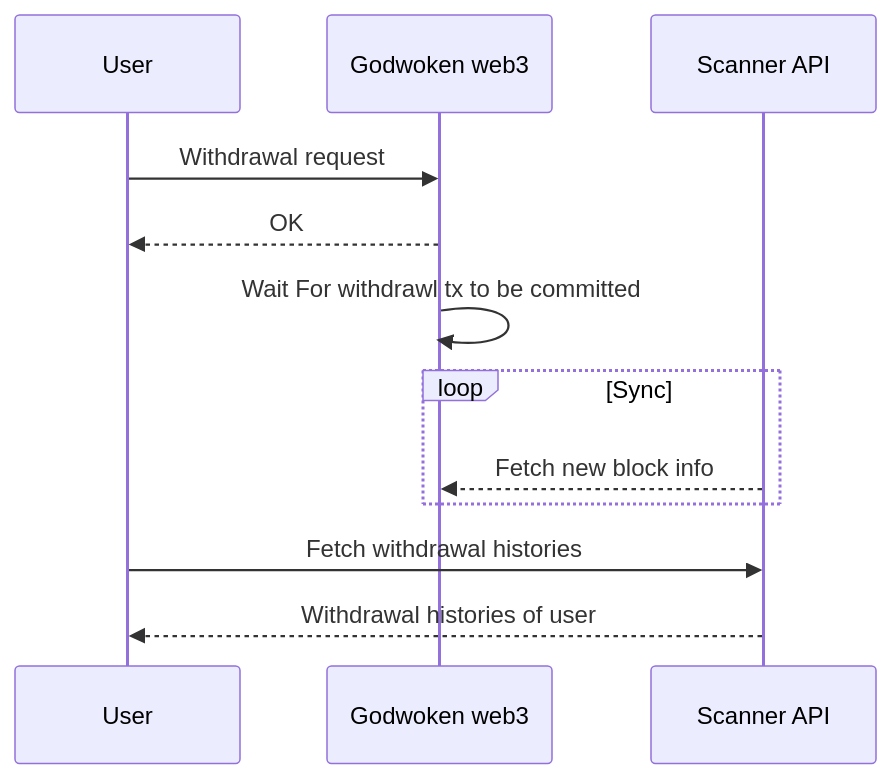
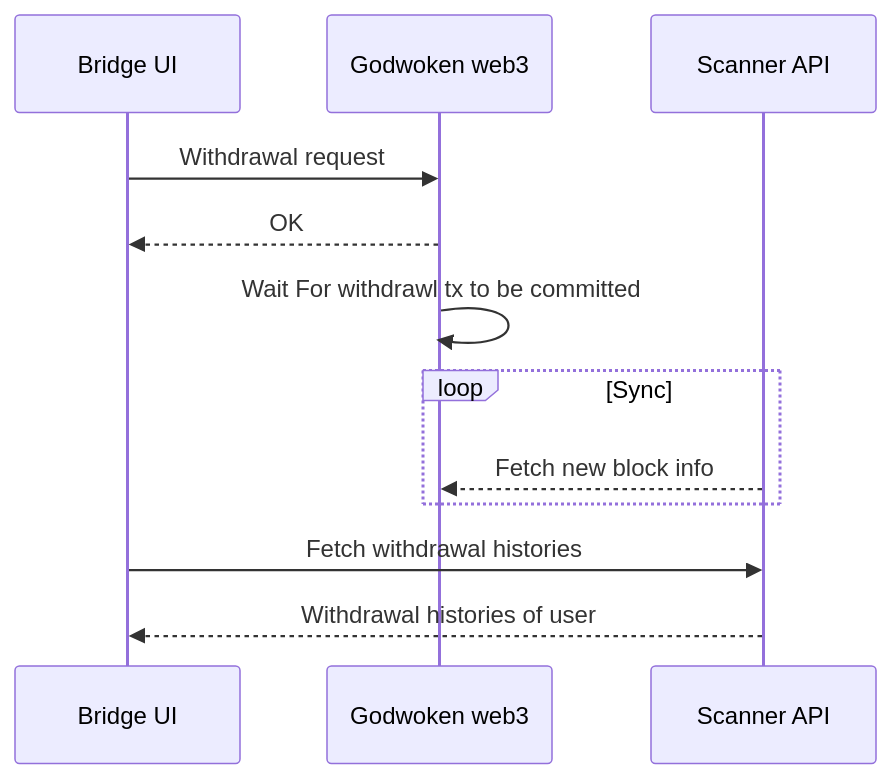
One commit to godwokenrises/light-godwoken changed the second of 2 diagrams in docs/introduction.md. Above: the diagram before and after it, drawn with Mermaid.

````diff
--- a/docs/introduction.md
+++ b/docs/introduction.md
@@ -91,14 +91,14 @@
 ```mermaid
 sequenceDiagram
-    participant A as User
+    participant A as Bridge UI
     participant B as Godwoken web3
     participant C as Scanner API
     A->>B: Withdrawal request
     B-->>A: OK
     B->>B: Wait For withdrawl tx to be committed
     loop Sync
         C-->>B: Fetch new block info
     end
     A->>C: Fetch withdrawal histories
     C-->>A: Withdrawal histories of user
 ```
````
